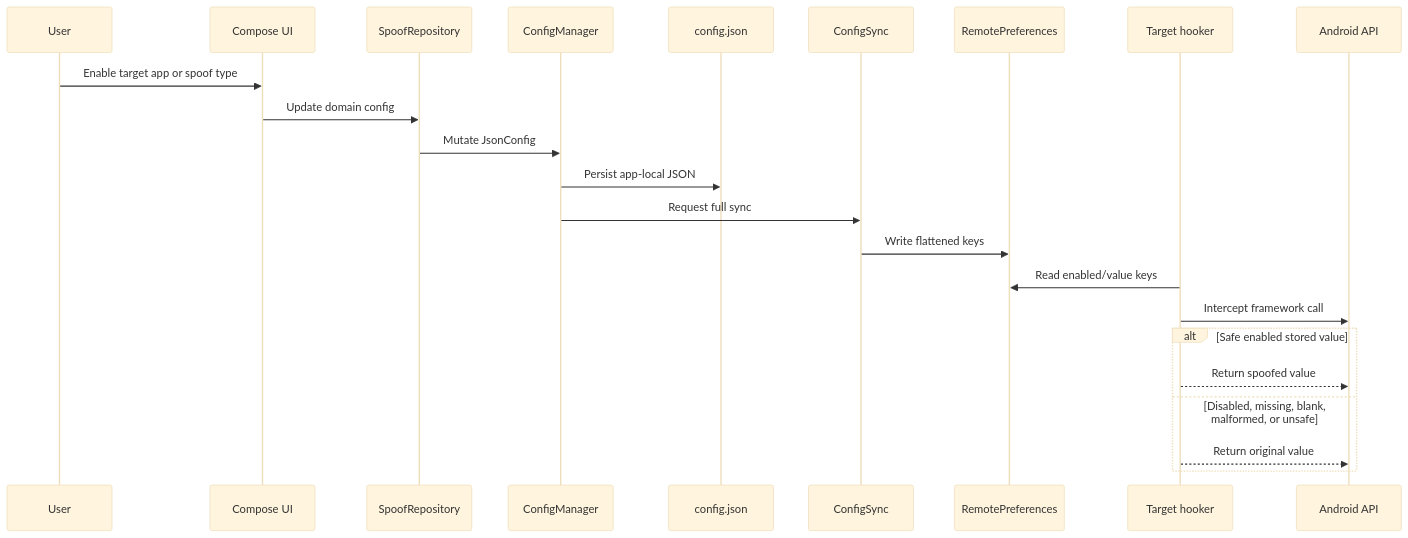
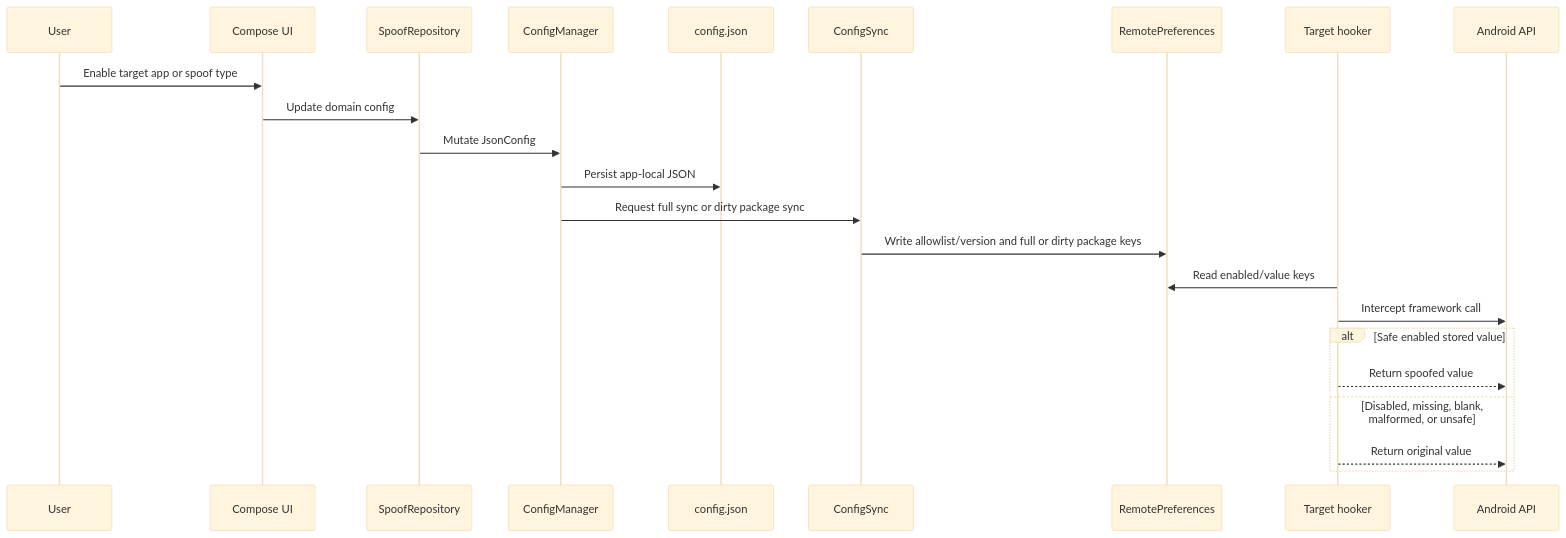
Before and after one commit to mohdakil2426/Device-Masker: the third of 7 diagrams in docs/public/ARCHITECTURE.md, drawn with Mermaid (base theme). The commit also changed other lines of this file and 16 other files, not shown here.

First line of the commit message:
docs: record performance cleanup architecture

````diff
--- a/docs/public/ARCHITECTURE.md
+++ b/docs/public/ARCHITECTURE.md
@@ -115,26 +115,26 @@
 ```mermaid
 sequenceDiagram
     participant User
     participant UI as Compose UI
     participant Repo as SpoofRepository
     participant Config as ConfigManager
     participant File as config.json
     participant Sync as ConfigSync
     participant Prefs as RemotePreferences
     participant Hook as Target hooker
     participant API as Android API
 
     User->>UI: Enable target app or spoof type
     UI->>Repo: Update domain config
     Repo->>Config: Mutate JsonConfig
     Config->>File: Persist app-local JSON
-    Config->>Sync: Request full sync
-    Sync->>Prefs: Write flattened keys
+    Config->>Sync: Request full sync or dirty package sync
+    Sync->>Prefs: Write allowlist/version and full or dirty package keys
     Hook->>Prefs: Read enabled/value keys
     Hook->>API: Intercept framework call
     alt Safe enabled stored value
         Hook-->>API: Return spoofed value
     else Disabled, missing, blank, malformed, or unsafe
         Hook-->>API: Return original value
     end
 ```
````
